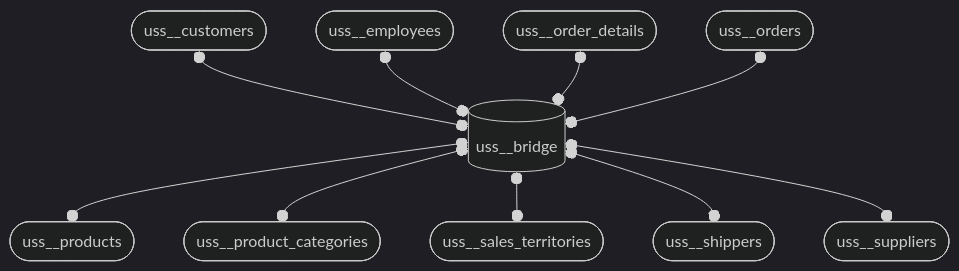
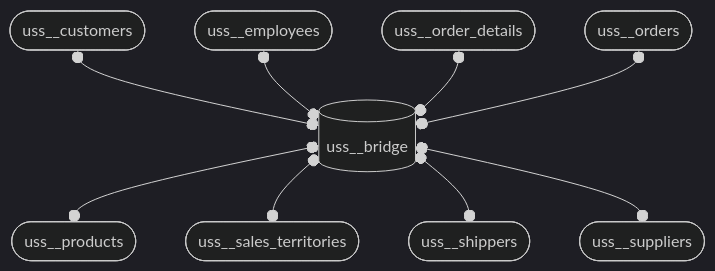
The fourth of 4 diagrams in README.md (mattiasthalen/obsidian-insights), drawn with Mermaid (dark theme) before and after one commit. The commit also changed 3 other files, not shown here.

Commit message:
Consolidate products & product categories

````diff
--- a/README.md
+++ b/README.md
@@ -130,25 +130,23 @@
 ```mermaid
 flowchart TD
     uss__bridge[("uss__bridge")]
 
     uss__customers(["uss__customers"])
     uss__employees(["uss__employees"])
     uss__order_details(["uss__order_details"])
     uss__orders(["uss__orders"])
     uss__products(["uss__products "])
-    uss__product_categories(["uss__product_categories"])
     uss__sales_territories(["uss__sales_territories"])
     uss__shippers(["uss__shippers"])
     uss__suppliers(["uss__suppliers"])
 
     uss__customers o--o uss__bridge
     uss__employees o--o uss__bridge
     uss__order_details o--o uss__bridge
     uss__orders o--o uss__bridge
 
     uss__bridge o--o uss__products 
-    uss__bridge o--o uss__product_categories
     uss__bridge o--o uss__sales_territories
     uss__bridge o--o uss__shippers
     uss__bridge o--o uss__suppliers
 ```
````
